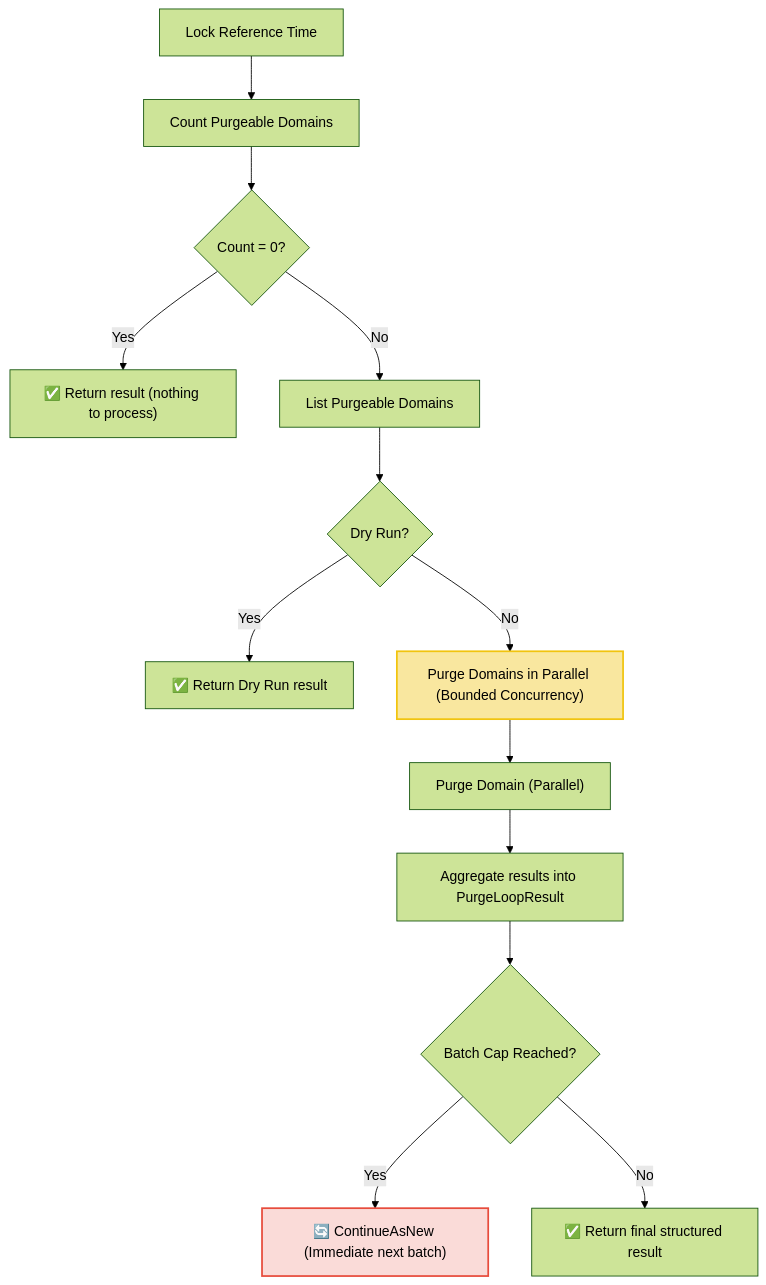
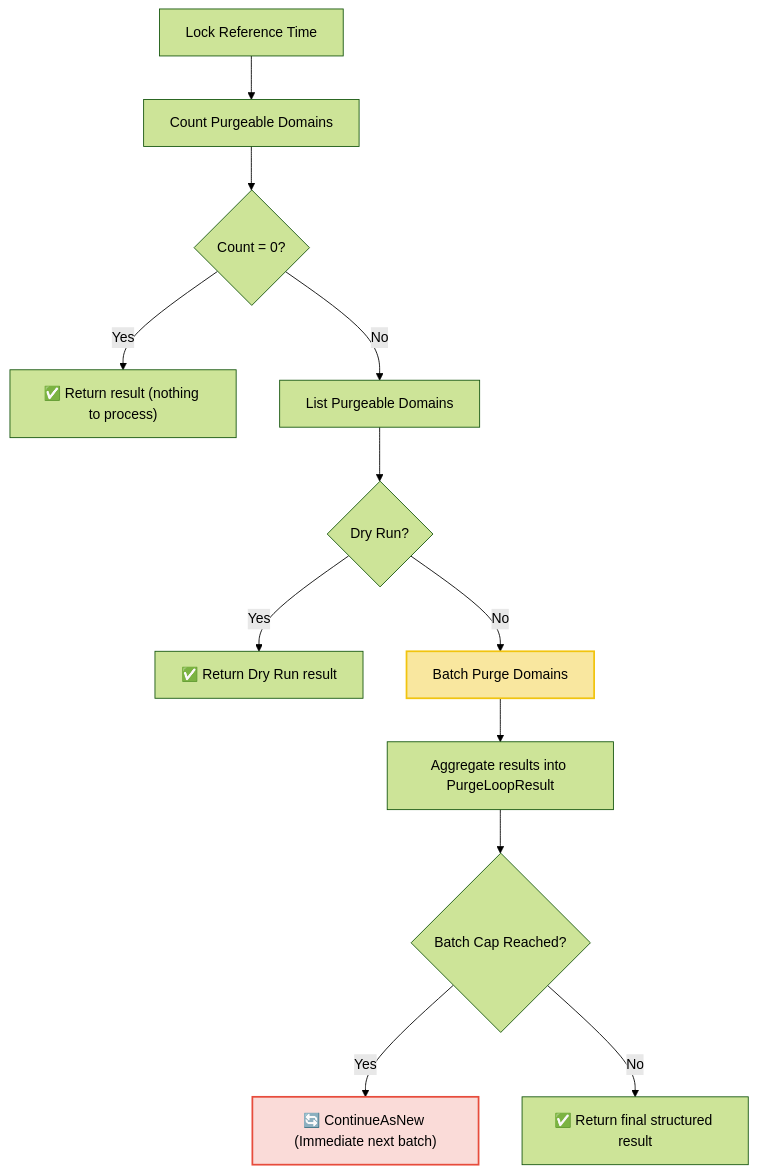
Before and after one commit to onasunnymorning/domain-os: the diagram in internal/application/workflows/purgeLoop.doc.md, drawn with Mermaid (forest theme). The commit also changed other lines of this file and 66 other files, not shown here.

````diff
--- a/internal/application/workflows/purgeLoop.doc.md
+++ b/internal/application/workflows/purgeLoop.doc.md
@@ -19,18 +19,17 @@
 ```mermaid
 graph TD
     A["Lock Reference Time"] --> B["Count Purgeable Domains"]
     B --> C{"Count = 0?"}
     C -- Yes --> DONE1["✅ Return result (nothing to process)"]
     C -- No --> D["List Purgeable Domains"]
     D --> E{"Dry Run?"}
     E -- Yes --> DONE2["✅ Return Dry Run result"]
-    E -- No --> F["Purge Domains in Parallel (Bounded Concurrency)"]
-    F --> G["Purge Domain (Parallel)"]
-    G --> H["Aggregate results into PurgeLoopResult"]
+    E -- No --> F["Batch Purge Domains"]
+    F --> H["Aggregate results into PurgeLoopResult"]
     H --> I{"Batch Cap Reached?"}
     I -- Yes --> J["🔄 ContinueAsNew (Immediate next batch)"]
     I -- No --> DONE3["✅ Return final structured result"]
 
     style F fill:#f9e79f,stroke:#f1c40f,stroke-width:2px
     style J fill:#fadbd8,stroke:#e74c3c,stroke-width:2px
 ```
````
